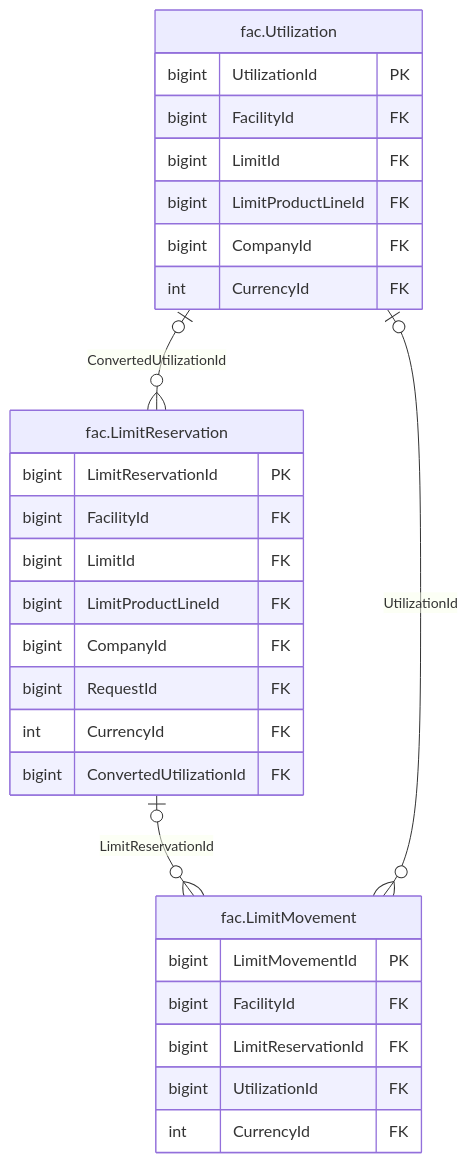
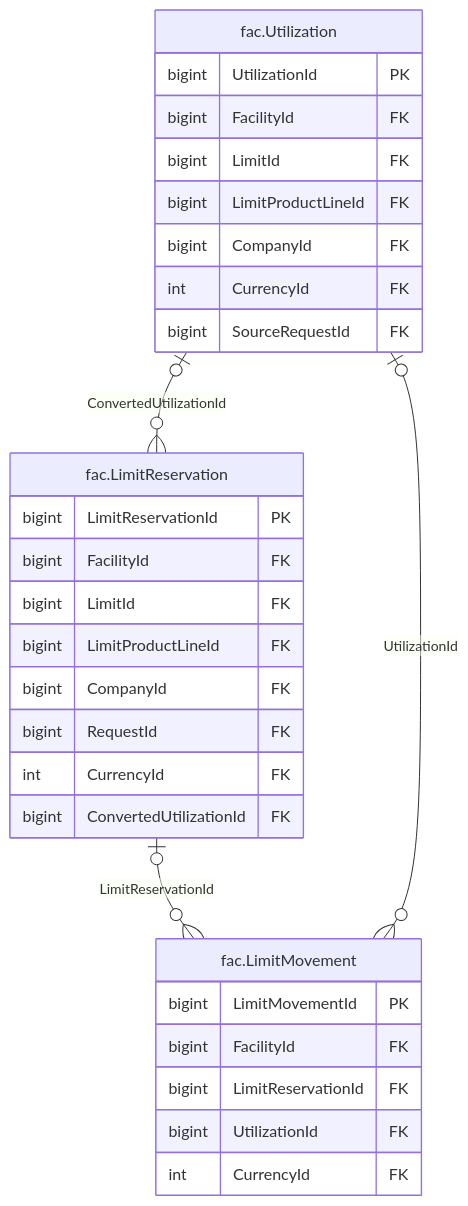
The diagram in treasury-platform/docs/diagrams/erd/m5_limits_2.mmd (thawrasy/smartlines), drawn with Mermaid before and after one commit. The commit also changed 159 other files, not shown here.

```diff
--- a/treasury-platform/docs/diagrams/erd/m5_limits_2.mmd
+++ b/treasury-platform/docs/diagrams/erd/m5_limits_2.mmd
@@ -1,30 +1,31 @@
 %% م5 · الحدود والاستخدام والحجوزات (2/2) — Limits, utilisation & reservations
 erDiagram
   fac_Utilization["fac.Utilization"] {
     bigint UtilizationId PK
     bigint FacilityId FK
     bigint LimitId FK
     bigint LimitProductLineId FK
     bigint CompanyId FK
     int CurrencyId FK
+    bigint SourceRequestId FK
   }
   fac_LimitReservation["fac.LimitReservation"] {
     bigint LimitReservationId PK
     bigint FacilityId FK
     bigint LimitId FK
     bigint LimitProductLineId FK
     bigint CompanyId FK
     bigint RequestId FK
     int CurrencyId FK
     bigint ConvertedUtilizationId FK
   }
   fac_LimitMovement["fac.LimitMovement"] {
     bigint LimitMovementId PK
     bigint FacilityId FK
     bigint LimitReservationId FK
     bigint UtilizationId FK
     int CurrencyId FK
   }
   fac_LimitReservation |o--o{ fac_LimitMovement : "LimitReservationId"
   fac_Utilization |o--o{ fac_LimitMovement : "UtilizationId"
   fac_Utilization |o--o{ fac_LimitReservation : "ConvertedUtilizationId"
```
